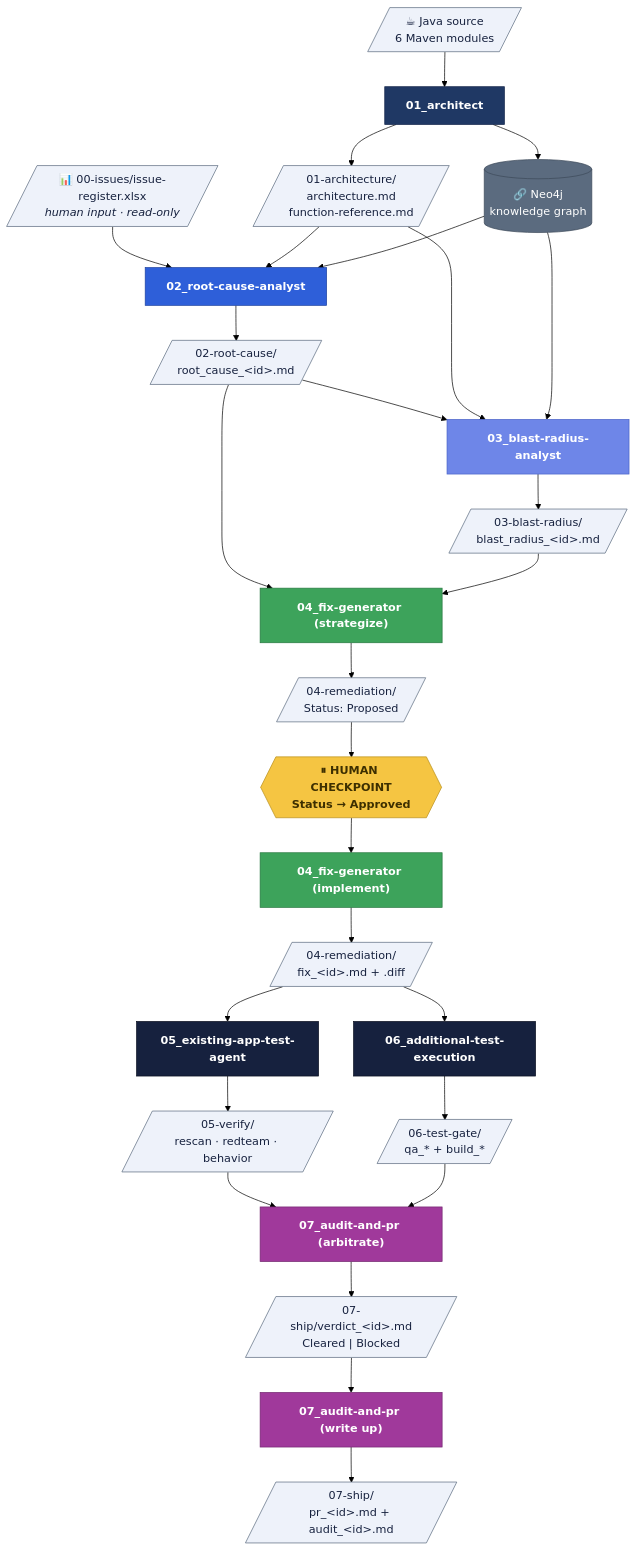
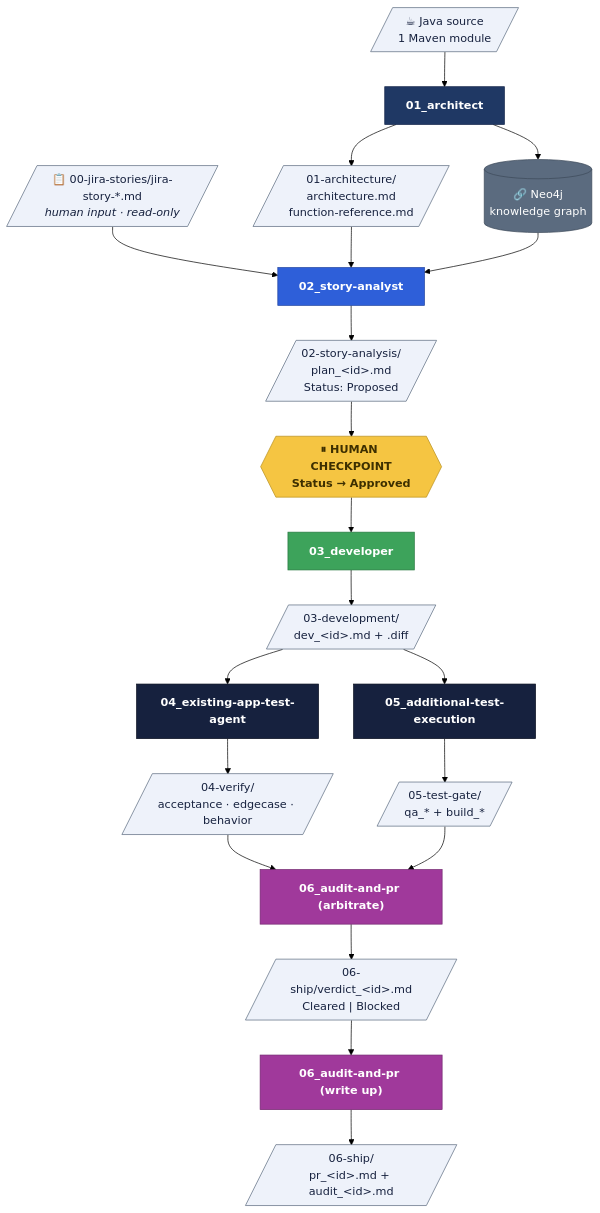
The third of 5 diagrams in .github/README.md (Udaradg/sample-java-project), drawn with Mermaid (forest theme) before and after one commit. The commit also changed other lines of this file and 246 other files, not shown here.

````diff
--- a/.github/README.md
+++ b/.github/README.md
@@ -203,80 +189,65 @@
 ```mermaid
 flowchart TD
-  REG[/"📊 00-issues/issue-register.xlsx<br/><i>human input · read-only</i>"/]
-  SRC[/"☕ Java source<br/>6 Maven modules"/]
+  REG[/"📋 00-jira-stories/jira-story-*.md<br/><i>human input · read-only</i>"/]
+  SRC[/"☕ Java source<br/>1 Maven module"/]
 
   ARCH["01_architect"]
   DOCS[/"01-architecture/<br/>architecture.md<br/>function-reference.md"/]
   GRAPH[("🔗 Neo4j<br/>knowledge graph")]
 
-  RCA["02_root-cause-analyst"]
-  RC[/"02-root-cause/<br/>root_cause_&lt;id&gt;.md"/]
-
-  BR["03_blast-radius-analyst"]
-  BRD[/"03-blast-radius/<br/>blast_radius_&lt;id&gt;.md"/]
-
-  FS["04_fix-generator (strategize)"]
-  FP[/"04-remediation/<br/>Status: Proposed"/]
+  SA["02_story-analyst"]
+  PLAN[/"02-story-analysis/<br/>plan_&lt;id&gt;.md<br/>Status: Proposed"/]
   GATE{{"⏸ HUMAN CHECKPOINT<br/>Status → Approved"}}
 
-  FX["04_fix-generator (implement)"]
-  FIX[/"04-remediation/<br/>fix_&lt;id&gt;.md + .diff"/]
+  DEV["03_developer"]
+  DV[/"03-development/<br/>dev_&lt;id&gt;.md + .diff"/]
 
-  V1["05_existing-app-test-agent"]
-  VER[/"05-verify/<br/>rescan · redteam · behavior"/]
+  V1["04_existing-app-test-agent"]
+  VER[/"04-verify/<br/>acceptance · edgecase · behavior"/]
 
-  QA["06_additional-test-execution"]
-  QAD[/"06-test-gate/<br/>qa_* + build_*"/]
+  QA["05_additional-test-execution"]
+  QAD[/"05-test-gate/<br/>qa_* + build_*"/]
 
-  MA["07_audit-and-pr (arbitrate)"]
-  VD[/"07-ship/verdict_&lt;id&gt;.md<br/>Cleared | Blocked"/]
-  SC["07_audit-and-pr (write up)"]
-  OUT[/"07-ship/<br/>pr_&lt;id&gt;.md + audit_&lt;id&gt;.md"/]
+  MA["06_audit-and-pr (arbitrate)"]
+  VD[/"06-ship/verdict_&lt;id&gt;.md<br/>Cleared | Blocked"/]
+  SC["06_audit-and-pr (write up)"]
+  OUT[/"06-ship/<br/>pr_&lt;id&gt;.md + audit_&lt;id&gt;.md"/]
 
   SRC --> ARCH
   ARCH --> DOCS
   ARCH --> GRAPH
-  REG --> RCA
-  DOCS --> RCA
-  GRAPH --> RCA
-  RCA --> RC
-  RC --> BR
-  DOCS --> BR
-  GRAPH --> BR
-  BR --> BRD
-  RC --> FS
-  BRD --> FS
-  FS --> FP
-  FP --> GATE
-  GATE --> FX
-  FX --> FIX
-  FIX --> V1
+  REG --> SA
+  DOCS --> SA
+  GRAPH --> SA
+  SA --> PLAN
+  PLAN --> GATE
+  GATE --> DEV
+  DEV --> DV
+  DV --> V1
   V1 --> VER
-  FIX --> QA
+  DV --> QA
   QA --> QAD
   VER --> MA
   QAD --> MA
   MA --> VD
   VD --> SC
   SC --> OUT
 
   classDef data fill:#EEF2FA,stroke:#5B6B7F,color:#16213E
   classDef store fill:#5B6B7F,stroke:#3d4a5a,color:#fff
   classDef pa fill:#1F3864,stroke:#14254a,color:#fff,font-weight:bold
   classDef pa2 fill:#2E5FD9,stroke:#1e42a0,color:#fff,font-weight:bold
-  classDef pa3 fill:#6E86E8,stroke:#4a63c8,color:#fff,font-weight:bold
   classDef pb fill:#3DA35B,stroke:#26773f,color:#fff,font-weight:bold
   classDef human fill:#F5C542,stroke:#b8901f,color:#3d2f00,font-weight:bold
   classDef pc fill:#16213E,stroke:#0a1020,color:#fff,font-weight:bold
   classDef ship fill:#A0399B,stroke:#732770,color:#fff,font-weight:bold
 
-  class REG,SRC,DOCS,RC,BRD,FP,FIX,VER,QAD,VD,OUT data
+  class REG,SRC,DOCS,PLAN,DV,VER,QAD,VD,OUT data
   class GRAPH store
   class ARCH pa
-  class RCA pa2
-  class BR pa3
-  class FS,FX pb
+  class SA pa2
+  class DEV pb
   class GATE human
   class V1,QA pc
   class MA,SC ship
 ```
````
